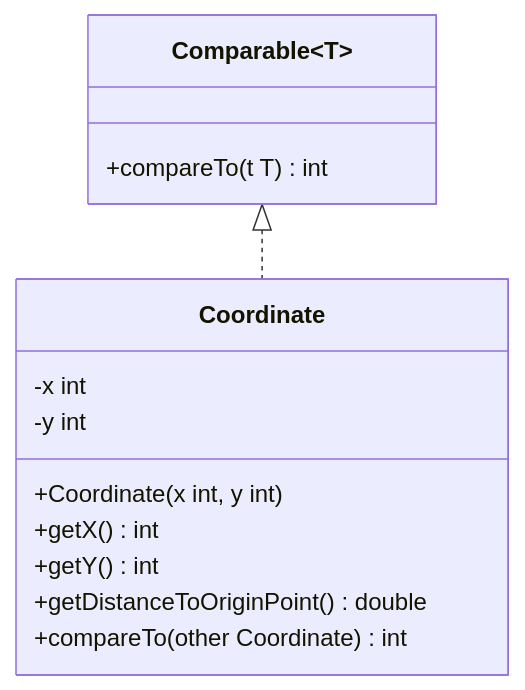
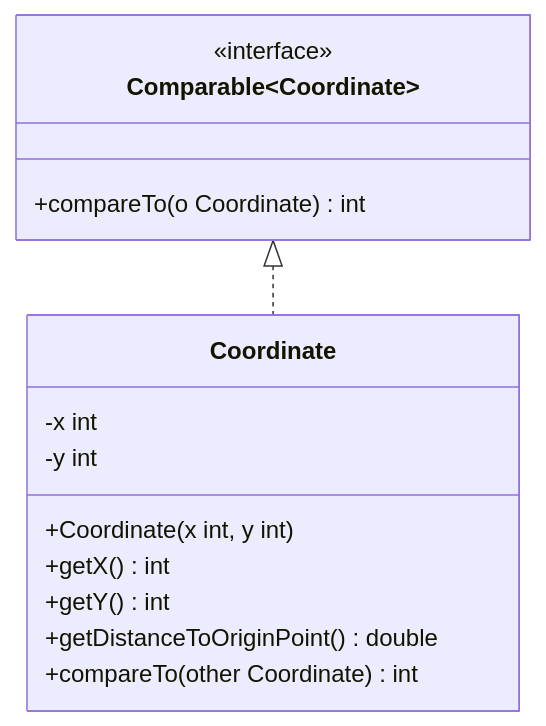
One commit to jappuccini/java-docs changed the diagram in docs/exercises/comparators/comparators01.md. Above: the diagram before and after it, drawn with Mermaid. The commit also changed 17 other files, not shown here.

Commit message:
update cheatsheets, mermaids and test-classes

````diff
--- a/docs/exercises/comparators/comparators01.md
+++ b/docs/exercises/comparators/comparators01.md
@@ -14,18 +14,19 @@
 ```mermaid
 classDiagram
-    Comparable~T~ <|.. Coordinate
+    Comparable~Coordinate~ <|.. Coordinate
 
     class Coordinate {
         -x int
         -y int
         +Coordinate(x int, y int)
         +getX() int
         +getY() int
         +getDistanceToOriginPoint() double
         +compareTo(other Coordinate) int
     }
 
-    class Comparable~T~ {
-        +compareTo(t T) int
+    class Comparable~Coordinate~ {
+        <<interface>>
+        +compareTo(o Coordinate) int
     }
 ```
````
